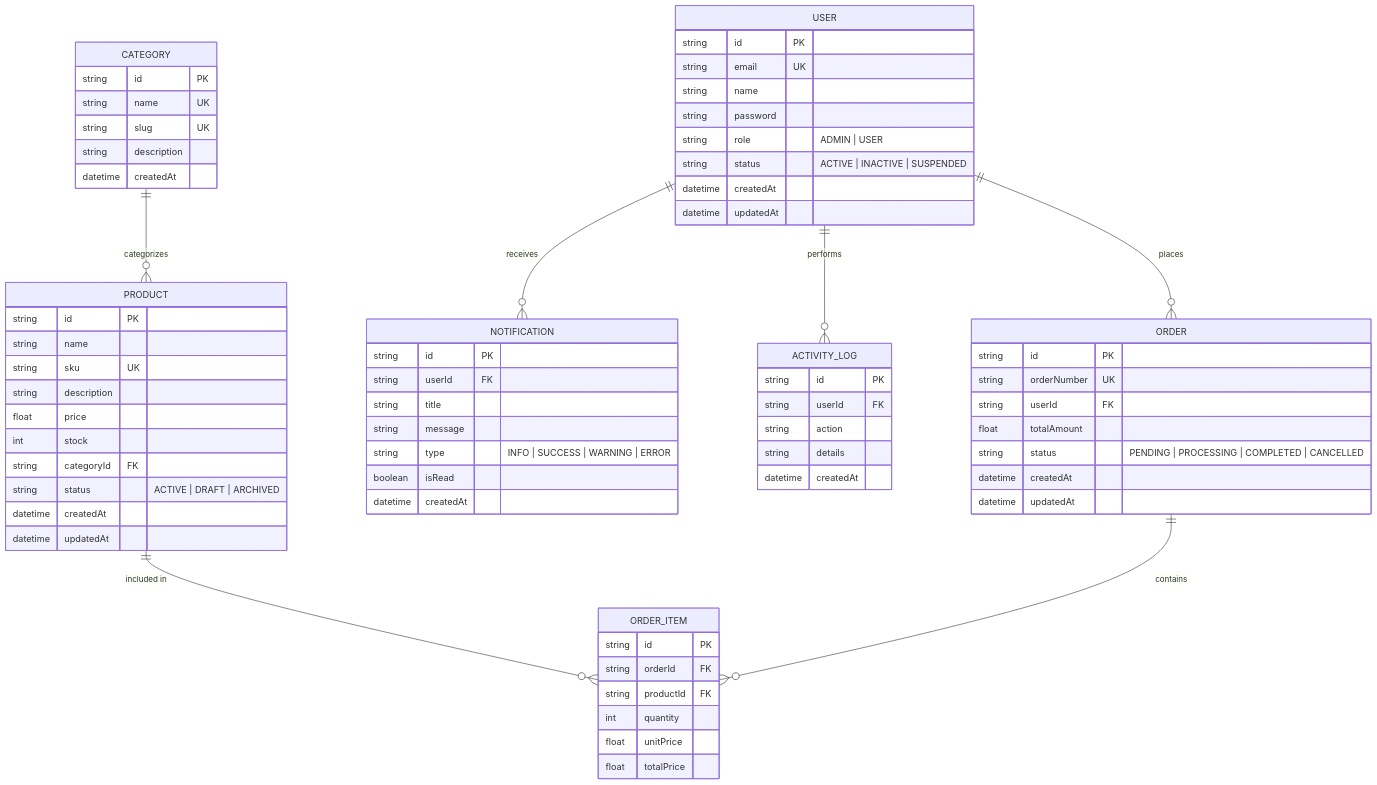
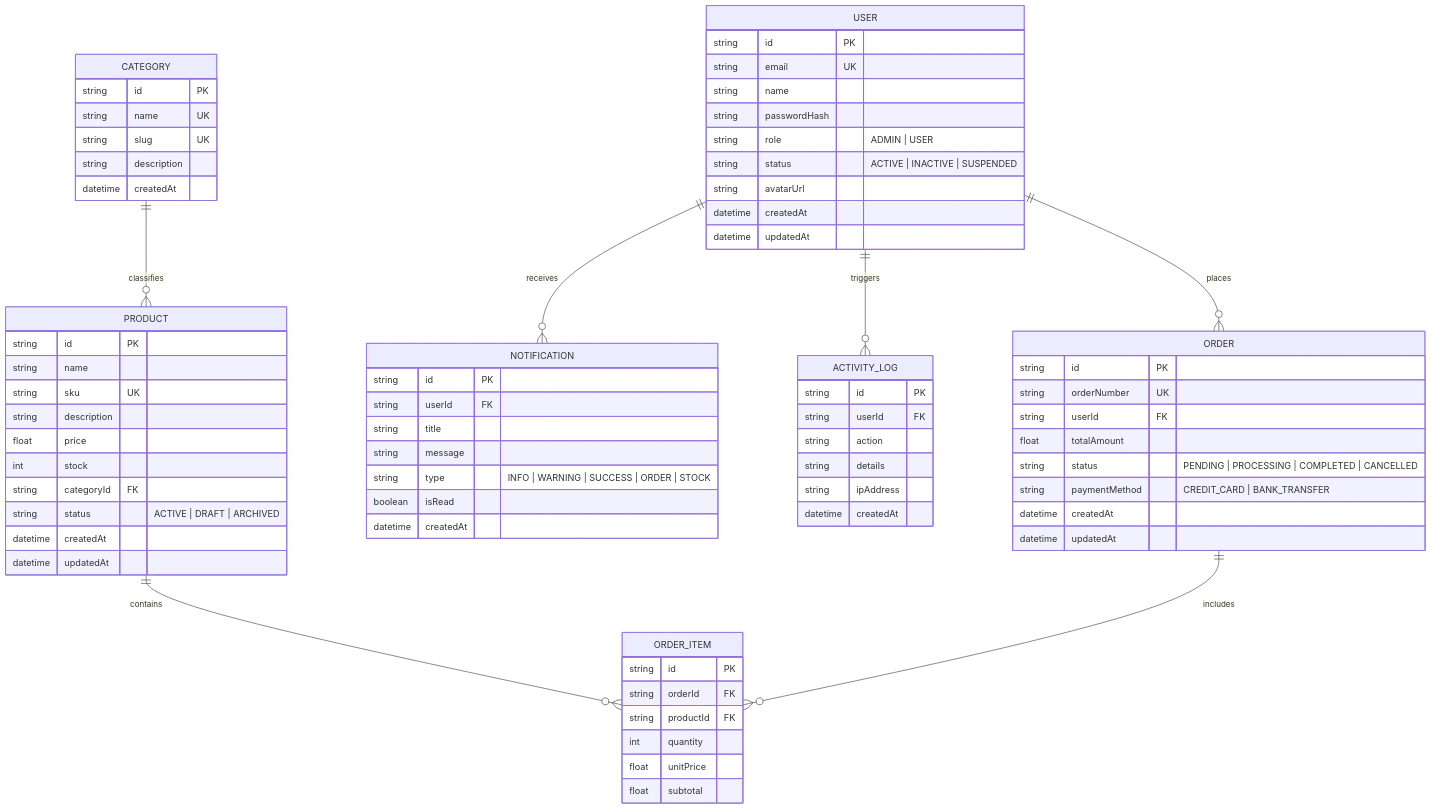
The diagram in README.md (emiranskr/nexus-saas-dashboard), drawn with Mermaid before and after one commit. The commit also changed other lines of this file, not shown here.

````diff
--- a/README.md
+++ b/README.md
@@ -90,78 +206,81 @@
 ```mermaid
 erDiagram
     USER ||--o{ ORDER : "places"
     USER ||--o{ NOTIFICATION : "receives"
-    USER ||--o{ ACTIVITY_LOG : "performs"
-    CATEGORY ||--o{ PRODUCT : "categorizes"
-    PRODUCT ||--o{ ORDER_ITEM : "included in"
-    ORDER ||--o{ ORDER_ITEM : "contains"
+    USER ||--o{ ACTIVITY_LOG : "triggers"
+    CATEGORY ||--o{ PRODUCT : "classifies"
+    PRODUCT ||--o{ ORDER_ITEM : "contains"
+    ORDER ||--o{ ORDER_ITEM : "includes"
 
     USER {
         string id PK
         string email UK
         string name
-        string password
+        string passwordHash
         string role "ADMIN | USER"
         string status "ACTIVE | INACTIVE | SUSPENDED"
+        string avatarUrl
         datetime createdAt
         datetime updatedAt
     }
 
     CATEGORY {
         string id PK
         string name UK
         string slug UK
         string description
         datetime createdAt
     }
 
     PRODUCT {
         string id PK
         string name
         string sku UK
         string description
         float price
         int stock
         string categoryId FK
         string status "ACTIVE | DRAFT | ARCHIVED"
         datetime createdAt
         datetime updatedAt
     }
 
     ORDER {
         string id PK
         string orderNumber UK
         string userId FK
         float totalAmount
         string status "PENDING | PROCESSING | COMPLETED | CANCELLED"
+        string paymentMethod "CREDIT_CARD | BANK_TRANSFER"
         datetime createdAt
         datetime updatedAt
     }
 
     ORDER_ITEM {
         string id PK
         string orderId FK
         string productId FK
         int quantity
         float unitPrice
-        float totalPrice
+        float subtotal
     }
 
     NOTIFICATION {
         string id PK
         string userId FK
         string title
         string message
-        string type "INFO | SUCCESS | WARNING | ERROR"
+        string type "INFO | WARNING | SUCCESS | ORDER | STOCK"
         boolean isRead
         datetime createdAt
     }
 
     ACTIVITY_LOG {
         string id PK
         string userId FK
         string action
         string details
+        string ipAddress
         datetime createdAt
     }
 ```
````
